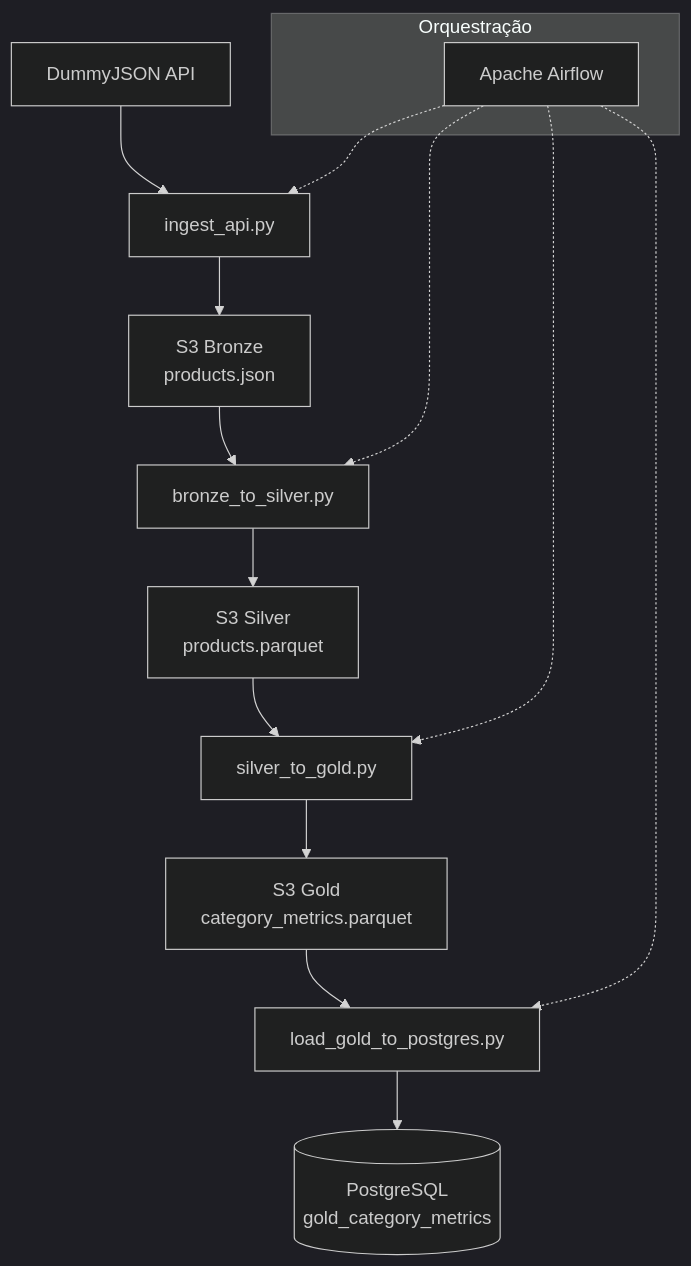
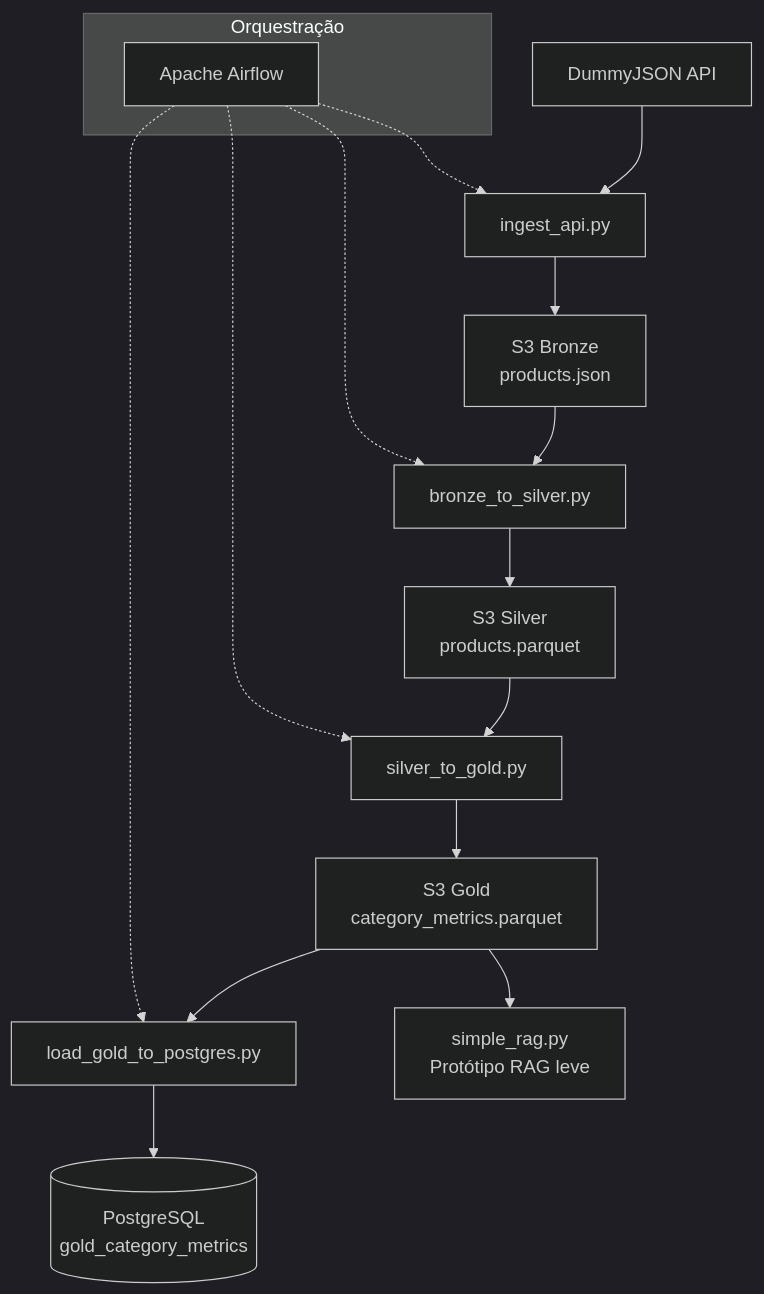
One commit to arlen64/marketplace-data-pipeline changed the diagram in README.md. Above: the diagram before and after it, drawn with Mermaid (dark theme). The commit also changed other lines of this file, not shown here.

Commit message:
Update README with current architecture, CI, quality practices and RAG prototype

````diff
--- a/README.md
+++ b/README.md
@@ -9,20 +9,22 @@
 ```mermaid
 flowchart TD
     A[DummyJSON API] --> B[ingest_api.py]
     B --> C[S3 Bronze<br/>products.json]
     C --> D[bronze_to_silver.py]
     D --> E[S3 Silver<br/>products.parquet]
     E --> F[silver_to_gold.py]
     F --> G[S3 Gold<br/>category_metrics.parquet]
     G --> H[load_gold_to_postgres.py]
     H --> I[(PostgreSQL<br/>gold_category_metrics)]
 
+    G --> J[simple_rag.py<br/>Protótipo RAG leve]
+
     subgraph Orquestração
-        J[Apache Airflow]
+        K[Apache Airflow]
     end
 
-    J -.-> B
-    J -.-> D
-    J -.-> F
-    J -.-> H
+    K -.-> B
+    K -.-> D
+    K -.-> F
+    K -.-> H
 ```
````
